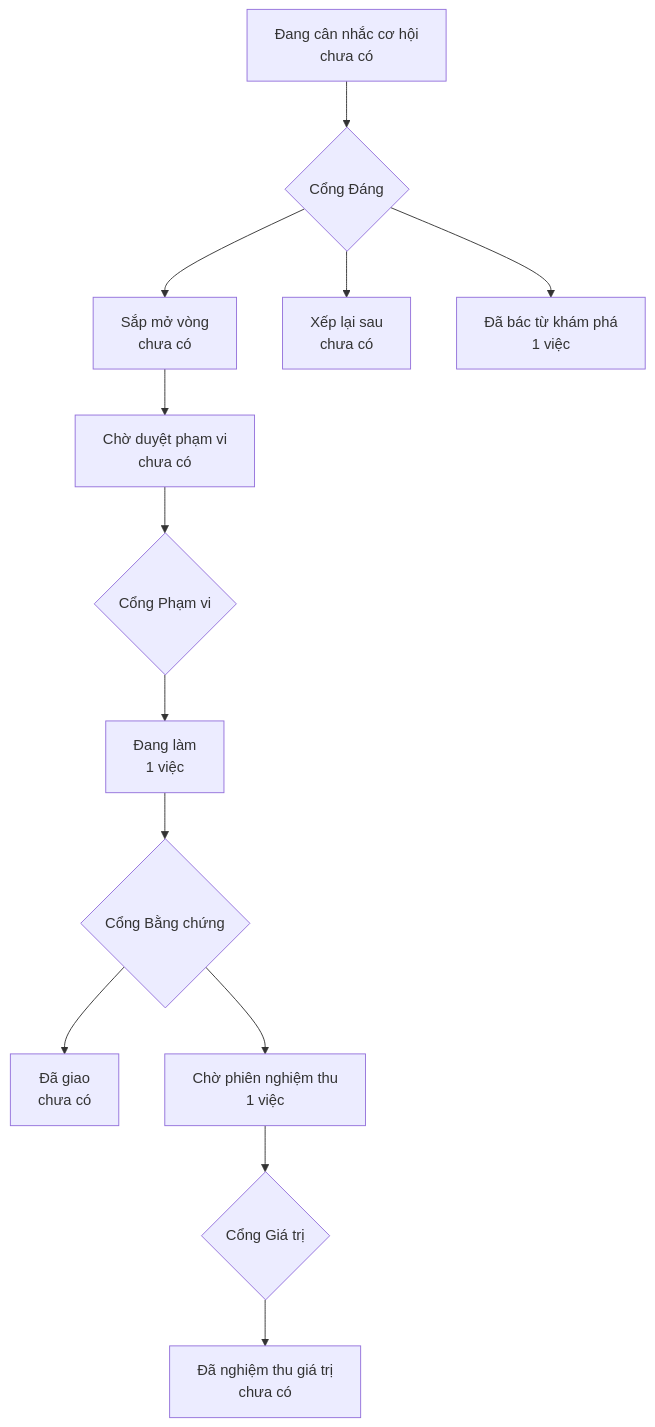
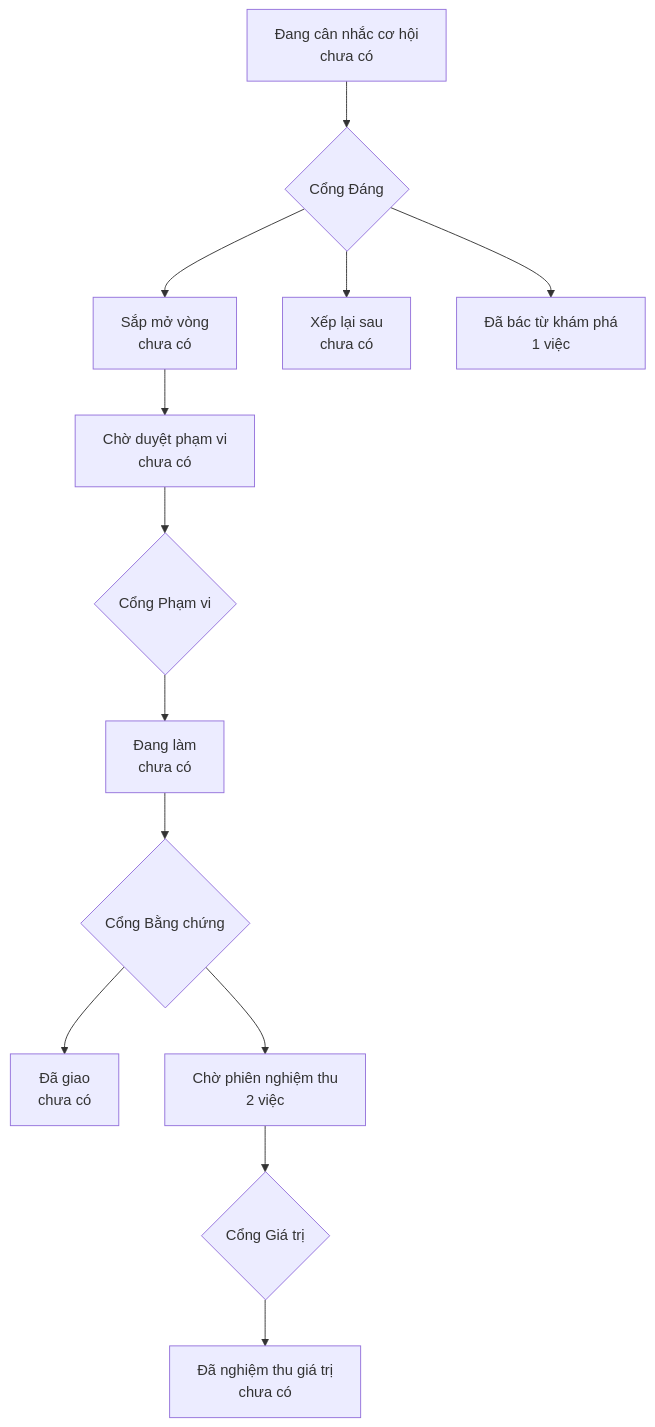
Before and after one commit to phanlemanh/OpenMAIC: the diagram in PRODUCT-MAP.md, drawn with Mermaid. The commit also changed other lines of this file and 7 other files, not shown here.

````diff
--- a/PRODUCT-MAP.md
+++ b/PRODUCT-MAP.md
@@ -6,12 +6,12 @@
 ```mermaid
 flowchart TD
   A["Đang cân nhắc cơ hội<br/>chưa có"] --> GD{"Cổng Đáng"}
   GD --> B["Sắp mở vòng<br/>chưa có"]
   GD --> XL["Xếp lại sau<br/>chưa có"]
   GD --> DB["Đã bác từ khám phá<br/>1 việc"]
   B --> CD["Chờ duyệt phạm vi<br/>chưa có"] --> GP{"Cổng Phạm vi"}
-  GP --> DL["Đang làm<br/>1 việc"] --> GB{"Cổng Bằng chứng"}
+  GP --> DL["Đang làm<br/>chưa có"] --> GB{"Cổng Bằng chứng"}
   GB --> DG["Đã giao<br/>chưa có"]
-  GB --> CN["Chờ phiên nghiệm thu<br/>1 việc"] --> GG{"Cổng Giá trị"}
+  GB --> CN["Chờ phiên nghiệm thu<br/>2 việc"] --> GG{"Cổng Giá trị"}
   GG --> NT["Đã nghiệm thu giá trị<br/>chưa có"]
 ```
````
